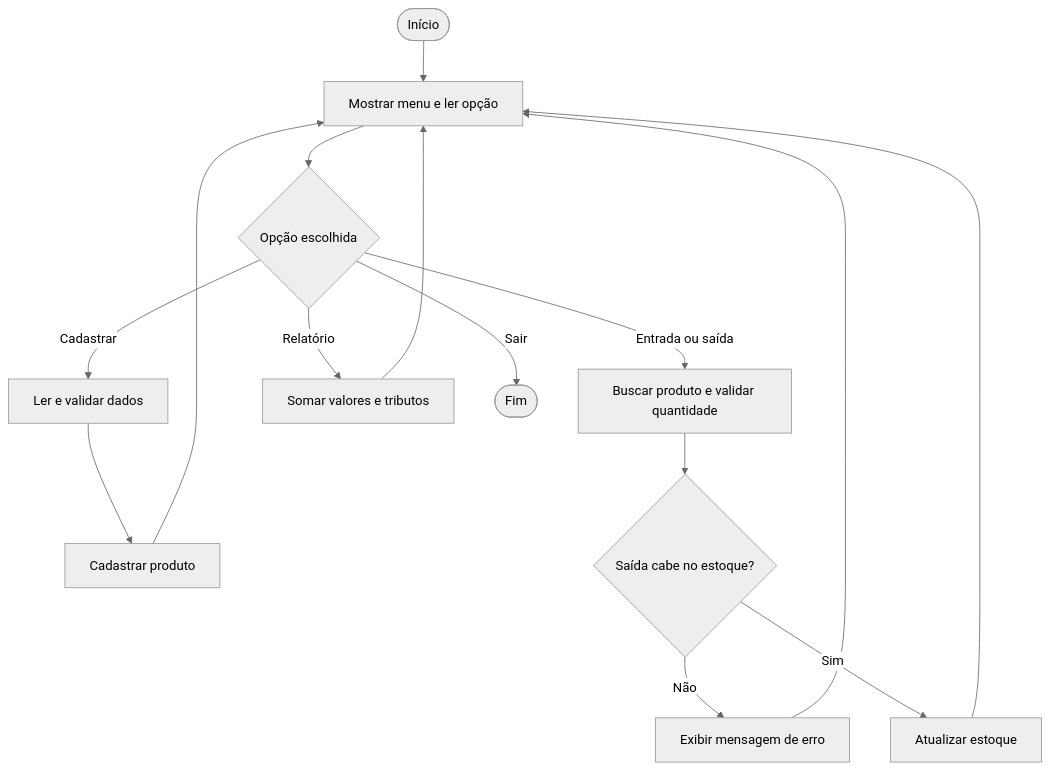
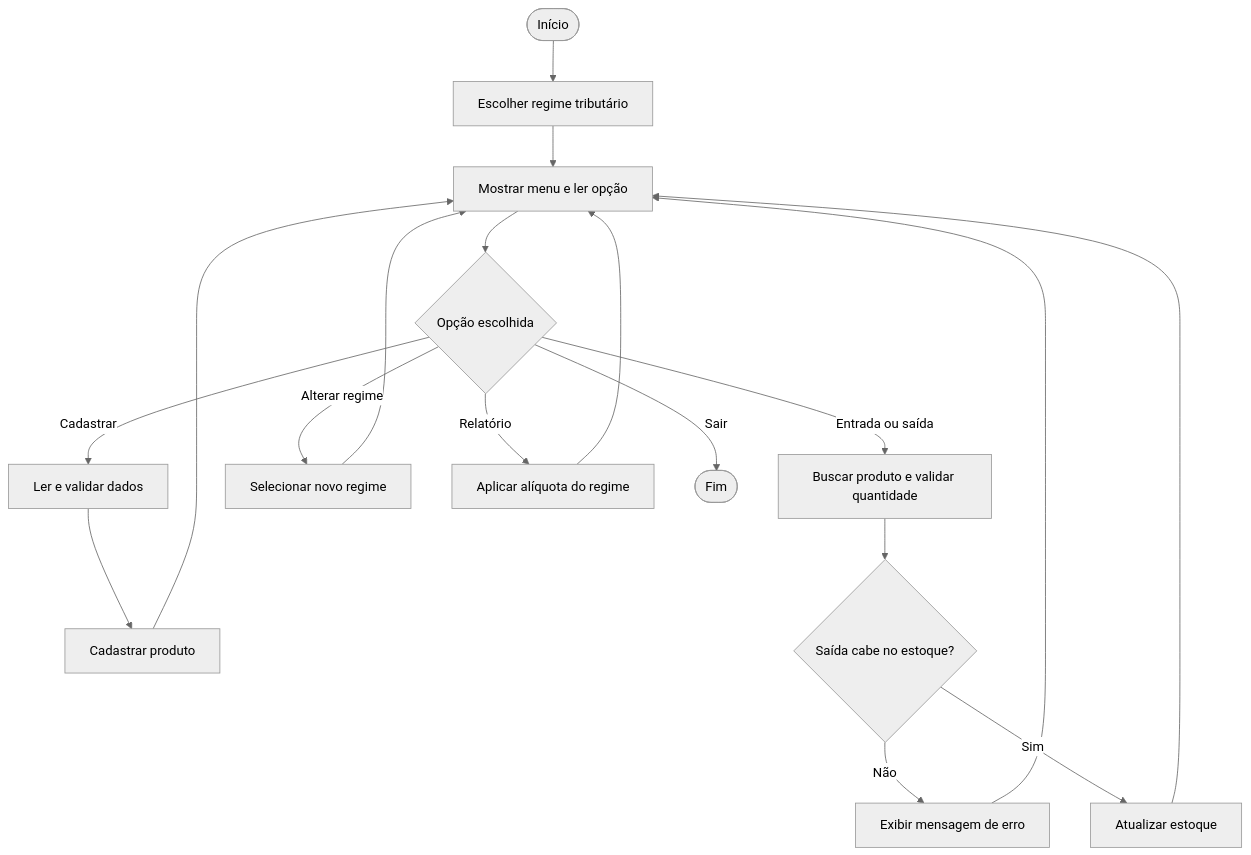
Before and after one commit to xfcvw/sistema-estoque-tributavel: the diagram in DOCUMENTACAO.md, drawn with Mermaid (neutral theme). The commit also changed other lines of this file, not shown here.

````diff
--- a/DOCUMENTACAO.md
+++ b/DOCUMENTACAO.md
@@ -58,17 +73,20 @@
 ```mermaid
 flowchart TD
-    inicio([Início]) --> menu[Mostrar menu e ler opção]
+    inicio([Início]) --> regime[Escolher regime tributário]
+    regime --> menu[Mostrar menu e ler opção]
     menu --> opcao{Opção escolhida}
     opcao -->|Cadastrar| cadastro[Ler e validar dados]
     cadastro --> salvar[Cadastrar produto]
     opcao -->|Entrada ou saída| movimento[Buscar produto e validar quantidade]
     movimento --> suficiente{Saída cabe no estoque?}
     suficiente -->|Não| erro[Exibir mensagem de erro]
     suficiente -->|Sim| atualizar[Atualizar estoque]
-    opcao -->|Relatório| relatorio[Somar valores e tributos]
+    opcao -->|Alterar regime| trocarRegime[Selecionar novo regime]
+    trocarRegime --> menu
+    opcao -->|Relatório| relatorio[Aplicar alíquota do regime]
     salvar --> menu
     atualizar --> menu
     erro --> menu
     relatorio --> menu
     opcao -->|Sair| fim([Fim])
 ```
````
